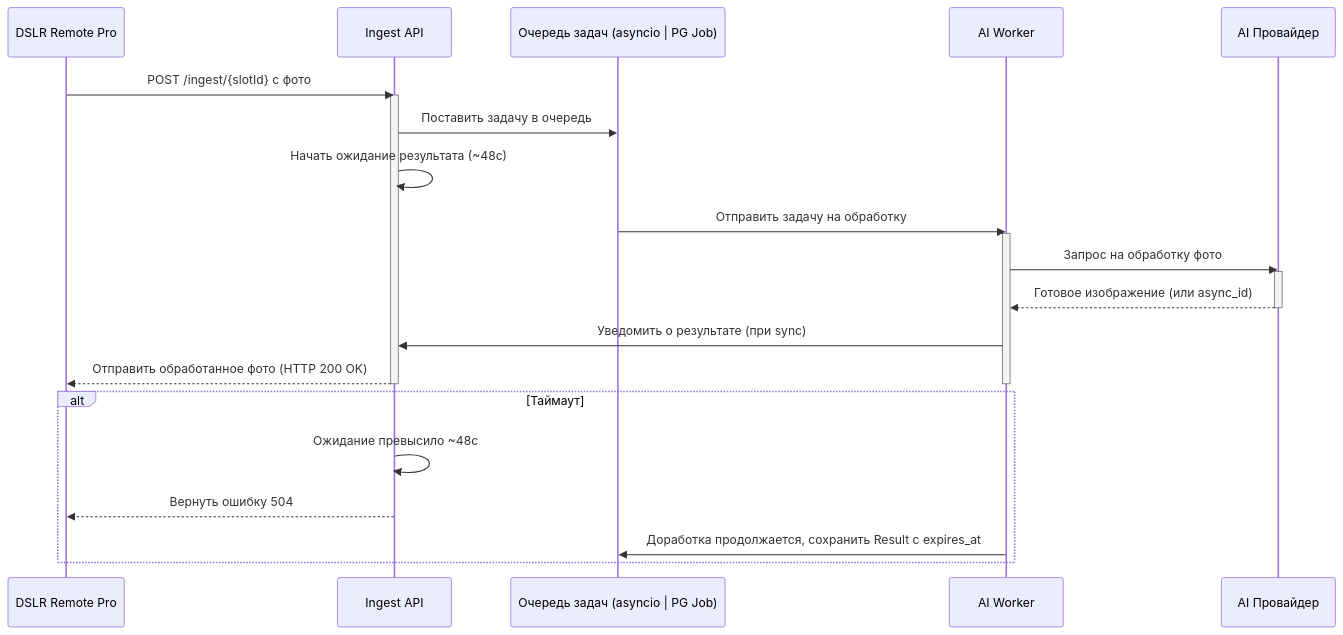
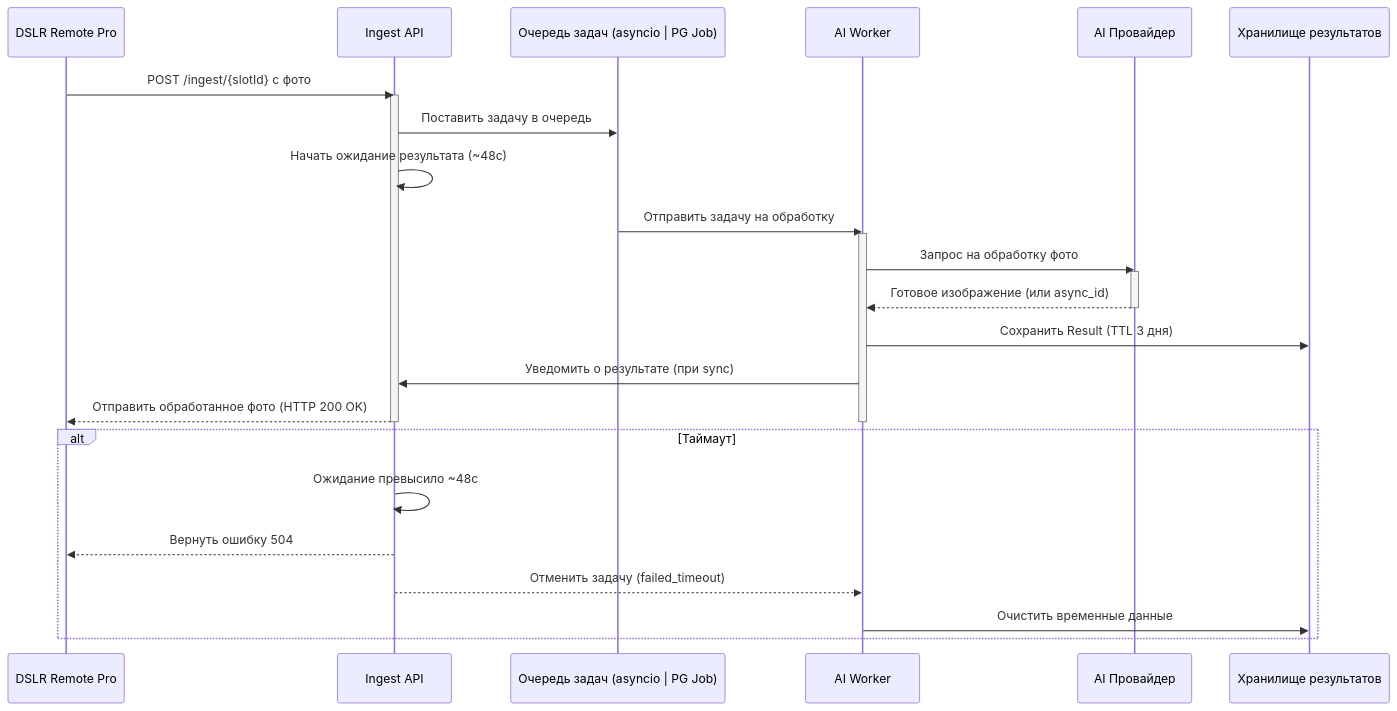
Before and after one commit to nicelight/PhotoChanger_25: the diagram in Docs/brief.md, drawn with Mermaid. The commit also changed other lines of this file, not shown here.

Commit message:
Clarify timeout handling in platform flow

````diff
--- a/Docs/brief.md
+++ b/Docs/brief.md
@@ -47,29 +48,32 @@
 ```mermaid
 sequenceDiagram
     participant DSLR as DSLR Remote Pro
     participant API as Ingest API
     participant Queue as Очередь задач (asyncio | PG Job)
     participant Worker as AI Worker
     participant AI_Provider as AI Провайдер
+    participant Storage as Хранилище результатов
 
     DSLR->>API: POST /ingest/{slotId} с фото
     activate API
     API->>Queue: Поставить задачу в очередь
     API->>API: Начать ожидание результата (~48с)
     Queue->>Worker: Отправить задачу на обработку
     activate Worker
     Worker->>AI_Provider: Запрос на обработку фото
     activate AI_Provider
     AI_Provider-->>Worker: Готовое изображение (или async_id)
     deactivate AI_Provider
+    Worker->>Storage: Сохранить Result (TTL 3 дня)
     Worker->>API: Уведомить о результате (при sync)
     API-->>DSLR: Отправить обработанное фото (HTTP 200 OK)
     deactivate API
     deactivate Worker
 
     alt Таймаут
         API->>API: Ожидание превысило ~48с
         API-->>DSLR: Вернуть ошибку 504
-        Worker->>Queue: Доработка продолжается, сохранить Result с expires_at
+        API-->>Worker: Отменить задачу (failed_timeout)
+        Worker->>Storage: Очистить временные данные
     end
 ```
````
